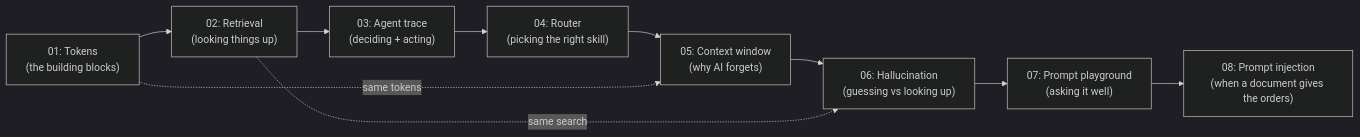
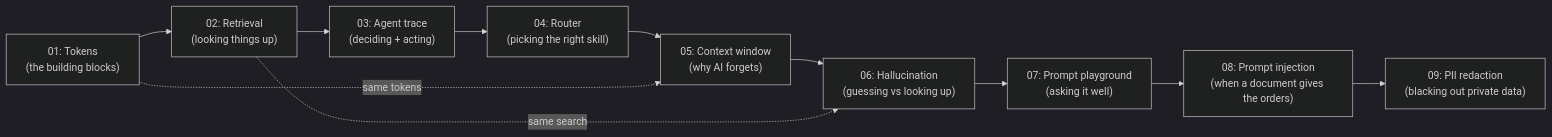
One commit to khadir-syed/k-ai-basics changed the diagram in README.md. Above: the diagram before and after it, drawn with Mermaid (dark theme). The commit also changed other lines of this file and 8 other files, not shown here.

First line of the commit message:
Add Demo 9: PII Redaction Demo

````diff
--- a/README.md
+++ b/README.md
@@ -74,12 +78,13 @@
 ```mermaid
 flowchart LR
     A["01: Tokens\n(the building blocks)"] --> B["02: Retrieval\n(looking things up)"]
     B --> C["03: Agent trace\n(deciding + acting)"]
     C --> D["04: Router\n(picking the right skill)"]
     D --> E["05: Context window\n(why AI forgets)"]
     A -.->|"same tokens"| E
     E --> F["06: Hallucination\n(guessing vs looking up)"]
     B -.->|"same search"| F
     F --> G["07: Prompt playground\n(asking it well)"]
     G --> H["08: Prompt injection\n(when a document gives the orders)"]
+    H --> I["09: PII redaction\n(blacking out private data)"]
 ```
````
